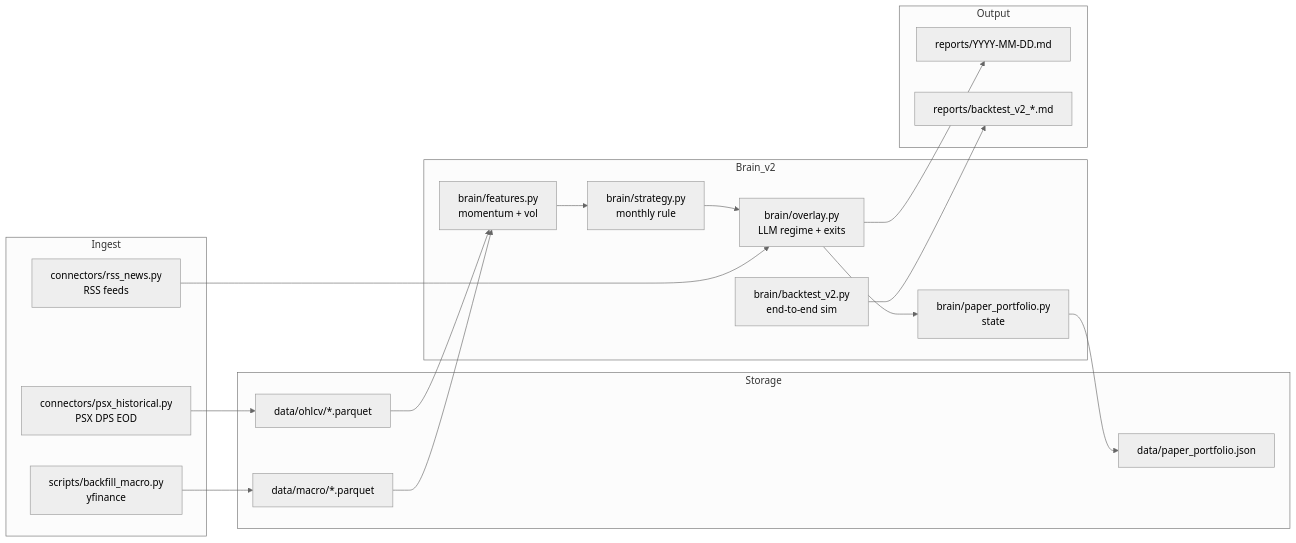
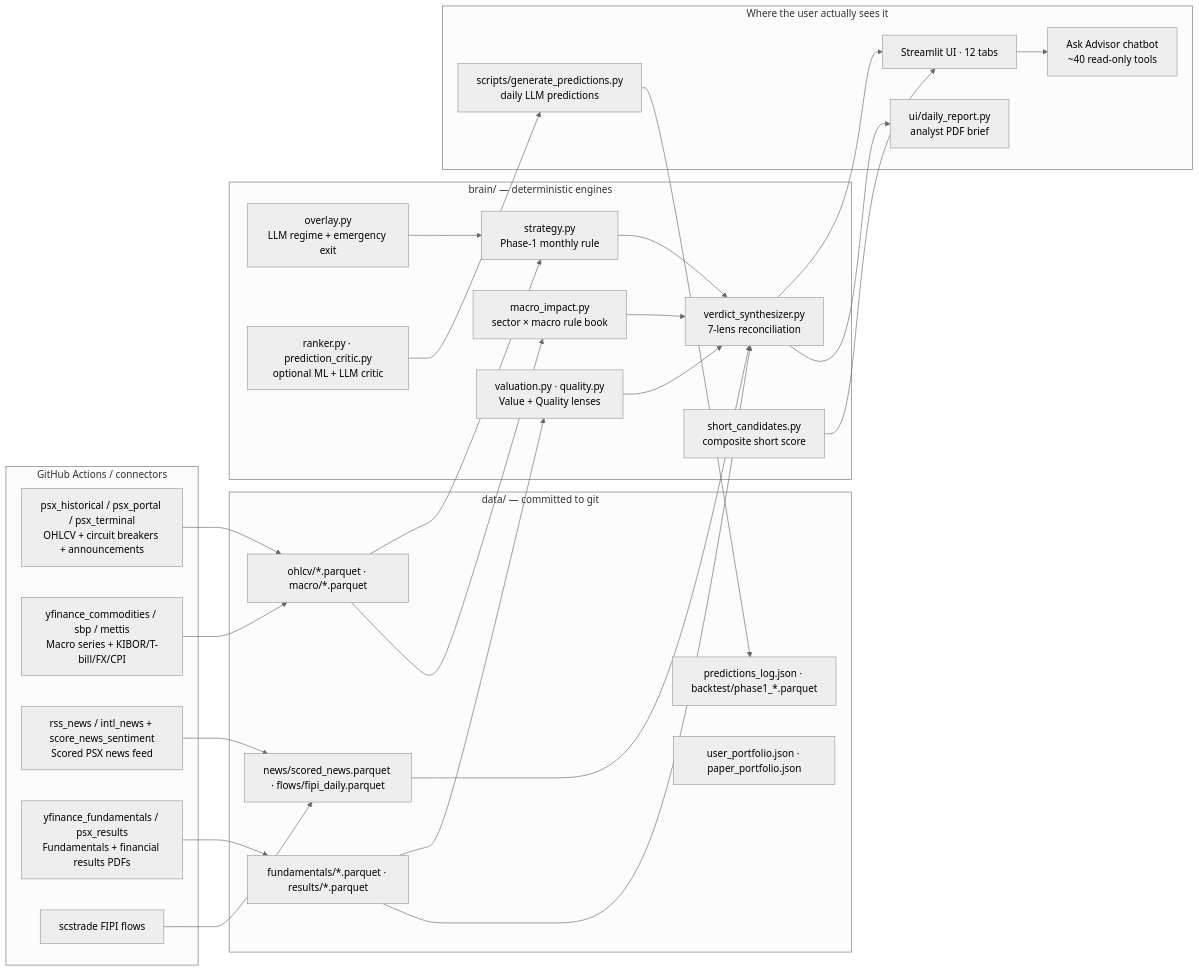
The diagram in README.md (rehanmalik15031996-blip/psx-trading-bot), drawn with Mermaid (neutral theme) before and after one commit. The commit also changed other lines of this file and 63 other files, not shown here.

````diff
--- a/README.md
+++ b/README.md
@@ -46,39 +81,56 @@
 ```mermaid
 flowchart LR
-    subgraph Ingest
-      A1[connectors/psx_historical.py<br/>PSX DPS EOD]
-      A2[scripts/backfill_macro.py<br/>yfinance]
-      A3[connectors/rss_news.py<br/>RSS feeds]
+    subgraph Ingest["GitHub Actions / connectors"]
+      A1[psx_historical / psx_portal / psx_terminal<br/>OHLCV + circuit breakers + announcements]
+      A2[yfinance_commodities / sbp / mettis<br/>Macro series + KIBOR/T-bill/FX/CPI]
+      A3[rss_news / intl_news + score_news_sentiment<br/>Scored PSX news feed]
+      A4[yfinance_fundamentals / psx_results<br/>Fundamentals + financial results PDFs]
+      A5[scstrade FIPI flows]
     end
 
-    subgraph Storage
-      S1["data/ohlcv/*.parquet"]
-      S2["data/macro/*.parquet"]
-      S3["data/paper_portfolio.json"]
+    subgraph Storage["data/ — committed to git"]
+      S1["ohlcv/*.parquet · macro/*.parquet"]
+      S2["news/scored_news.parquet · flows/fipi_daily.parquet"]
+      S3["fundamentals/*.parquet · results/*.parquet"]
+      S4["predictions_log.json · backtest/phase1_*.parquet"]
+      S5["user_portfolio.json · paper_portfolio.json"]
     end
 
-    subgraph Brain_v2
-      B1[brain/features.py<br/>momentum + vol]
-      B2[brain/strategy.py<br/>monthly rule]
-      B3[brain/overlay.py<br/>LLM regime + exits]
-      B4[brain/paper_portfolio.py<br/>state]
-      B5[brain/backtest_v2.py<br/>end-to-end sim]
+    subgraph Brain["brain/ — deterministic engines"]
+      B1[strategy.py<br/>Phase-1 monthly rule]
+      B2[overlay.py<br/>LLM regime + emergency exit]
+      B3[macro_impact.py<br/>sector × macro rule book]
+      B4[valuation.py · quality.py<br/>Value + Quality lenses]
+      B5[verdict_synthesizer.py<br/>7-lens reconciliation]
+      B6[short_candidates.py<br/>composite short score]
+      B7[ranker.py · prediction_critic.py<br/>optional ML + LLM critic]
     end
 
-    subgraph Output
-      O1[reports/YYYY-MM-DD.md]
-      O2[reports/backtest_v2_*.md]
+    subgraph Surfaces["Where the user actually sees it"]
+      U1[Streamlit UI · 12 tabs]
+      U2[scripts/generate_predictions.py<br/>daily LLM predictions]
+      U3[ui/daily_report.py<br/>analyst PDF brief]
+      U4[Ask Advisor chatbot<br/>~40 read-only tools]
     end
 
     A1 --> S1
-    A2 --> S2
+    A2 --> S1
+    A3 --> S2
+    A4 --> S3
+    A5 --> S2
     S1 --> B1
-    S2 --> B1
-    B1 --> B2
-    B2 --> B3
-    A3 --> B3
-    B3 --> B4
-    B4 --> S3
-    B3 --> O1
-    B5 --> O2
+    S1 --> B3
+    S3 --> B4
+    S2 --> B5
+    S3 --> B5
+    B1 --> B5
+    B3 --> B5
+    B4 --> B5
+    B5 --> U1
+    B5 --> U3
+    B6 --> U1
+    B7 --> U2
+    B2 --> B1
+    U1 --> U4
+    U2 --> S4
 ```
````
